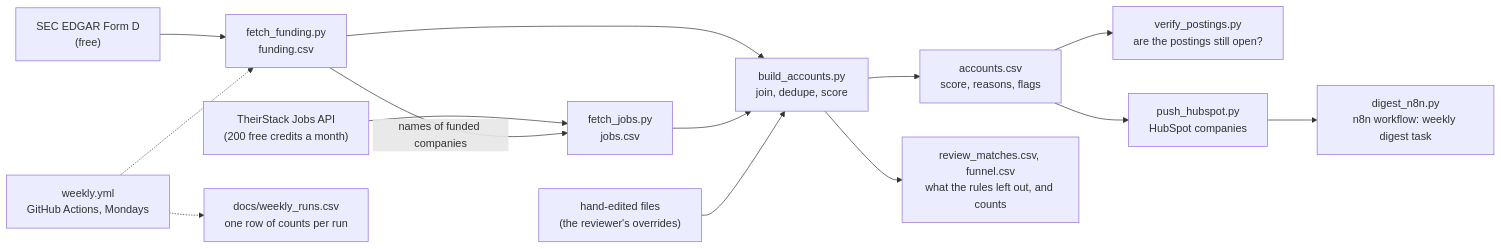
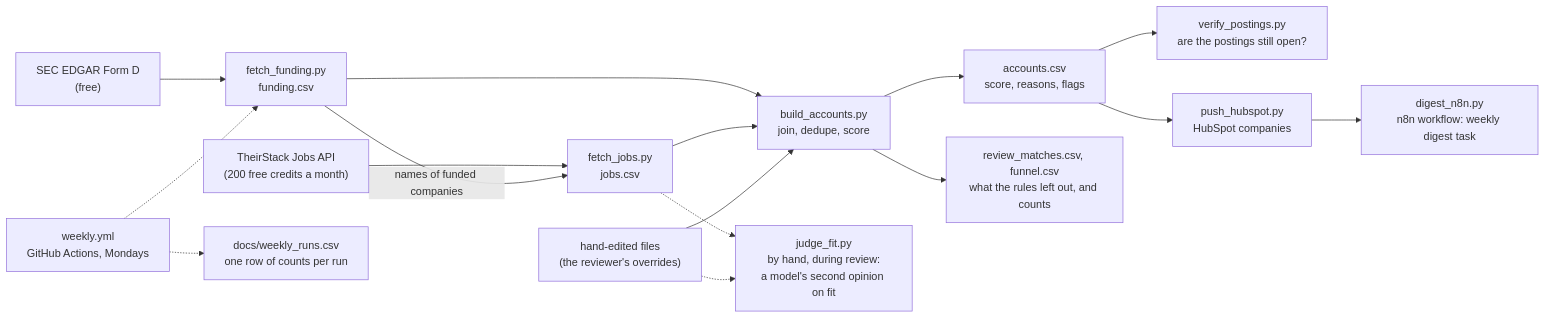
The diagram in README.md (LixinTu/signal-pipeline), drawn with Mermaid before and after one commit. The commit also changed other lines of this file and 11 other files, not shown here.

````diff
--- a/README.md
+++ b/README.md
@@ -44,16 +45,18 @@
 ```mermaid
 flowchart LR
     SEC["SEC EDGAR Form D<br/>(free)"] --> F["fetch_funding.py<br/>funding.csv"]
     TS["TheirStack Jobs API<br/>(200 free credits a month)"] --> J["fetch_jobs.py<br/>jobs.csv"]
     F -->|"names of funded companies"| J
     F --> B["build_accounts.py<br/>join, dedupe, score"]
     J --> B
     D["hand-edited files<br/>(the reviewer's overrides)"] --> B
     B --> A["accounts.csv<br/>score, reasons, flags"]
     B --> R["review_matches.csv, funnel.csv<br/>what the rules left out, and counts"]
     A --> V["verify_postings.py<br/>are the postings still open?"]
     A --> H["push_hubspot.py<br/>HubSpot companies"]
+    J -.-> M["judge_fit.py<br/>by hand, during review:<br/>a model's second opinion on fit"]
+    D -.-> M
     H --> N["digest_n8n.py<br/>n8n workflow: weekly digest task"]
     W["weekly.yml<br/>GitHub Actions, Mondays"] -.-> F
     W -.-> L["docs/weekly_runs.csv<br/>one row of counts per run"]
 ```
````
